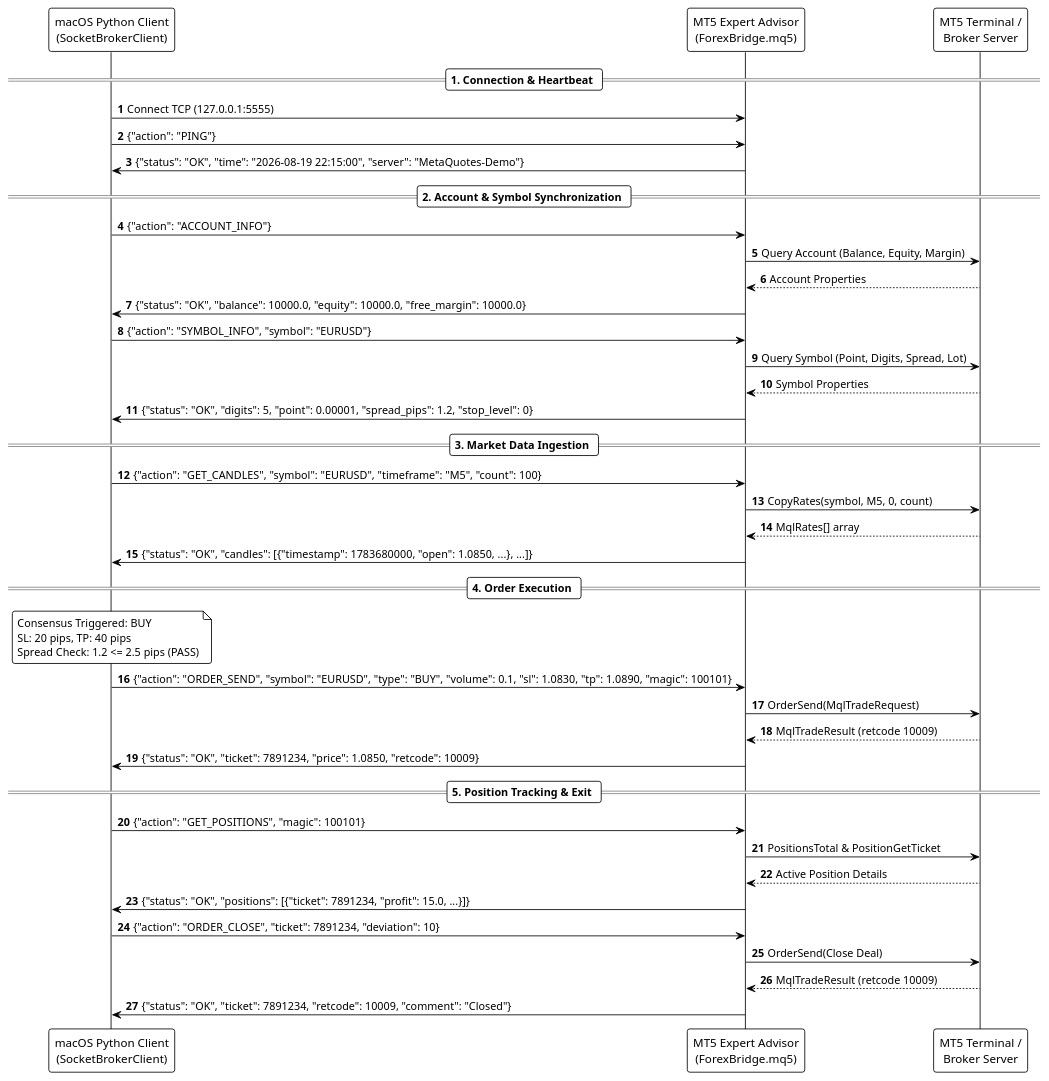
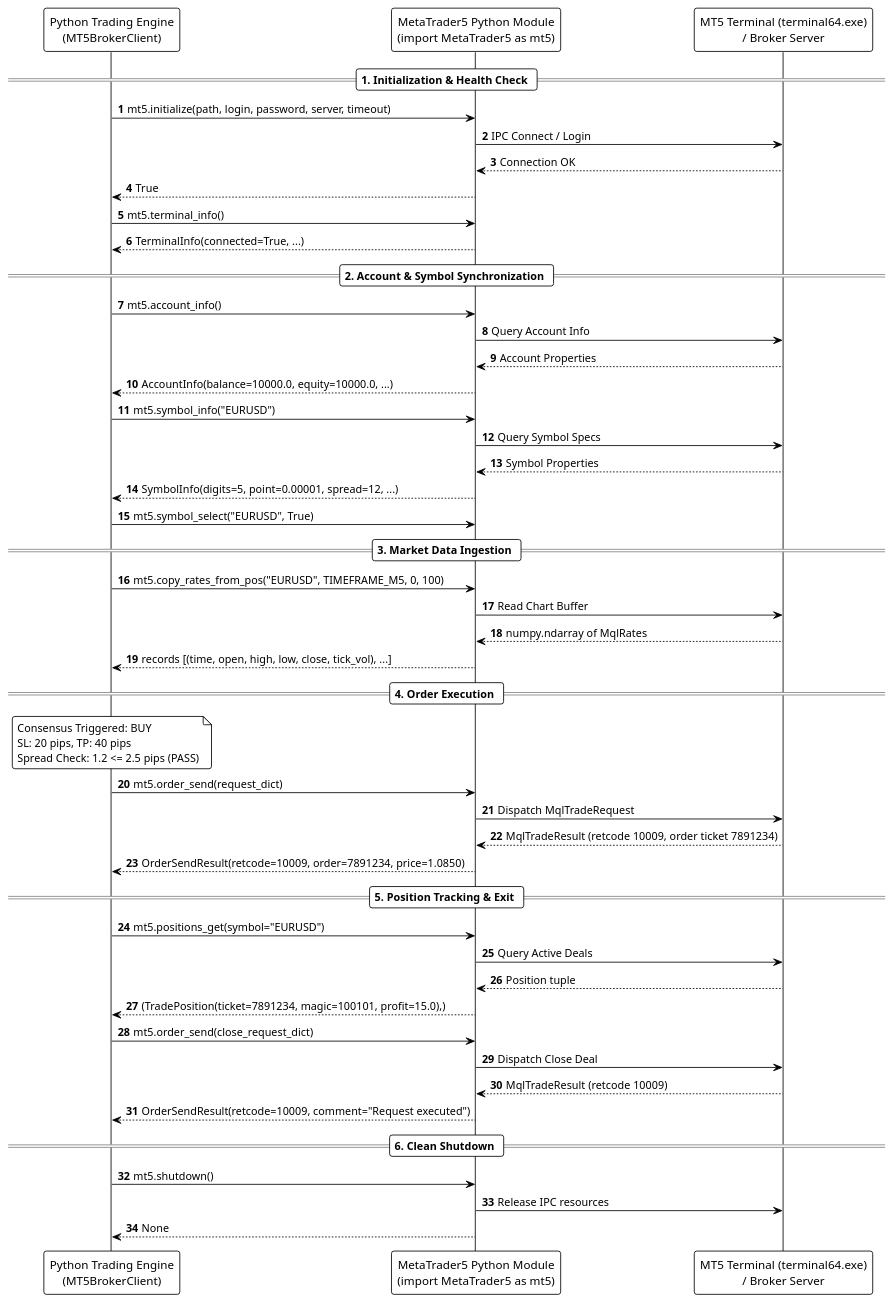
One commit to PhanCuong91/trading changed the second of 3 diagrams in .kiro/specs/forex-trading-signal-system/design.md. Above: the diagram before and after it, drawn with PlantUML. The commit also changed other lines of this file and 16 other files, not shown here.

First line of the commit message:
Refactor MT5 integration: Replace SocketBrokerClient with MT5BrokerClient

````diff
--- a/.kiro/specs/forex-trading-signal-system/design.md
+++ b/.kiro/specs/forex-trading-signal-system/design.md
@@ -317,58 +314,67 @@
 ```plantuml
-@startuml Socket_Bridge_Protocol
+@startuml MT5_Direct_Module_Protocol
 !theme plain
 skinparam shadowing false
 skinparam roundcorner 6
 autonumber
 
-participant "macOS Python Client\n(SocketBrokerClient)" as PythonClient
-participant "MT5 Expert Advisor\n(ForexBridge.mq5)" as EA
-participant "MT5 Terminal /\nBroker Server" as Broker
+participant "Python Trading Engine\n(MT5BrokerClient)" as PythonClient
+participant "MetaTrader5 Python Module\n(import MetaTrader5 as mt5)" as MT5Module
+participant "MT5 Terminal (terminal64.exe)\n/ Broker Server" as Terminal
 
-== 1. Connection & Heartbeat ==
-PythonClient -> EA: Connect TCP (127.0.0.1:5555)
-PythonClient -> EA: {"action": "PING"}
-EA -> PythonClient: {"status": "OK", "time": "2026-08-19 22:15:00", "server": "MetaQuotes-Demo"}
+== 1. Initialization & Health Check ==
+PythonClient -> MT5Module: mt5.initialize(path, login, password, server, timeout)
+MT5Module -> Terminal: IPC Connect / Login
+Terminal --> MT5Module: Connection OK
+MT5Module --> PythonClient: True
+PythonClient -> MT5Module: mt5.terminal_info()
+MT5Module --> PythonClient: TerminalInfo(connected=True, ...)
 
 == 2. Account & Symbol Synchronization ==
-PythonClient -> EA: {"action": "ACCOUNT_INFO"}
-EA -> Broker: Query Account (Balance, Equity, Margin)
-Broker --> EA: Account Properties
-EA -> PythonClient: {"status": "OK", "balance": 10000.0, "equity": 10000.0, "free_margin": 10000.0}
+PythonClient -> MT5Module: mt5.account_info()
+MT5Module -> Terminal: Query Account Info
+Terminal --> MT5Module: Account Properties
+MT5Module --> PythonClient: AccountInfo(balance=10000.0, equity=10000.0, ...)
 
-PythonClient -> EA: {"action": "SYMBOL_INFO", "symbol": "EURUSD"}
-EA -> Broker: Query Symbol (Point, Digits, Spread, Lot)
-Broker --> EA: Symbol Properties
-EA -> PythonClient: {"status": "OK", "digits": 5, "point": 0.00001, "spread_pips": 1.2, "stop_level": 0}
+PythonClient -> MT5Module: mt5.symbol_info("EURUSD")
+MT5Module -> Terminal: Query Symbol Specs
+Terminal --> MT5Module: Symbol Properties
+MT5Module --> PythonClient: SymbolInfo(digits=5, point=0.00001, spread=12, ...)
+PythonClient -> MT5Module: mt5.symbol_select("EURUSD", True)
 
 == 3. Market Data Ingestion ==
-PythonClient -> EA: {"action": "GET_CANDLES", "symbol": "EURUSD", "timeframe": "M5", "count": 100}
-EA -> Broker: CopyRates(symbol, M5, 0, count)
-Broker --> EA: MqlRates[] array
-EA -> PythonClient: {"status": "OK", "candles": [{"timestamp": 1783680000, "open": 1.0850, ...}, ...]}
+PythonClient -> MT5Module: mt5.copy_rates_from_pos("EURUSD", TIMEFRAME_M5, 0, 100)
+MT5Module -> Terminal: Read Chart Buffer
+Terminal --> MT5Module: numpy.ndarray of MqlRates
+MT5Module --> PythonClient: records [(time, open, high, low, close, tick_vol), ...]
 
 == 4. Order Execution ==
 note over PythonClient
 Consensus Triggered: BUY
 SL: 20 pips, TP: 40 pips
 Spread Check: 1.2 <= 2.5 pips (PASS)
 end note
 
-PythonClient -> EA: {"action": "ORDER_SEND", "symbol": "EURUSD", "type": "BUY", "volume": 0.1, "sl": 1.0830, "tp": 1.0890, "magic": 100101}
-EA -> Broker: OrderSend(MqlTradeRequest)
-Broker --> EA: MqlTradeResult (retcode 10009)
-EA -> PythonClient: {"status": "OK", "ticket": 7891234, "price": 1.0850, "retcode": 10009}
+PythonClient -> MT5Module: mt5.order_send(request_dict)
+MT5Module -> Terminal: Dispatch MqlTradeRequest
+Terminal --> MT5Module: MqlTradeResult (retcode 10009, order ticket 7891234)
+MT5Module --> PythonClient: OrderSendResult(retcode=10009, order=7891234, price=1.0850)
 
 == 5. Position Tracking & Exit ==
-PythonClient -> EA: {"action": "GET_POSITIONS", "magic": 100101}
-EA -> Broker: PositionsTotal & PositionGetTicket
-Broker --> EA: Active Position Details
-EA -> PythonClient: {"status": "OK", "positions": [{"ticket": 7891234, "profit": 15.0, ...}]}
+PythonClient -> MT5Module: mt5.positions_get(symbol="EURUSD")
+MT5Module -> Terminal: Query Active Deals
+Terminal --> MT5Module: Position tuple
+MT5Module --> PythonClient: (TradePosition(ticket=7891234, magic=100101, profit=15.0),)
 
-PythonClient -> EA: {"action": "ORDER_CLOSE", "ticket": 7891234, "deviation": 10}
-EA -> Broker: OrderSend(Close Deal)
-Broker --> EA: MqlTradeResult (retcode 10009)
-EA -> PythonClient: {"status": "OK", "ticket": 7891234, "retcode": 10009, "comment": "Closed"}
+PythonClient -> MT5Module: mt5.order_send(close_request_dict)
+MT5Module -> Terminal: Dispatch Close Deal
+Terminal --> MT5Module: MqlTradeResult (retcode 10009)
+MT5Module --> PythonClient: OrderSendResult(retcode=10009, comment="Request executed")
+
+== 6. Clean Shutdown ==
+PythonClient -> MT5Module: mt5.shutdown()
+MT5Module -> Terminal: Release IPC resources
+MT5Module --> PythonClient: None
 
 @enduml
 ```
````
